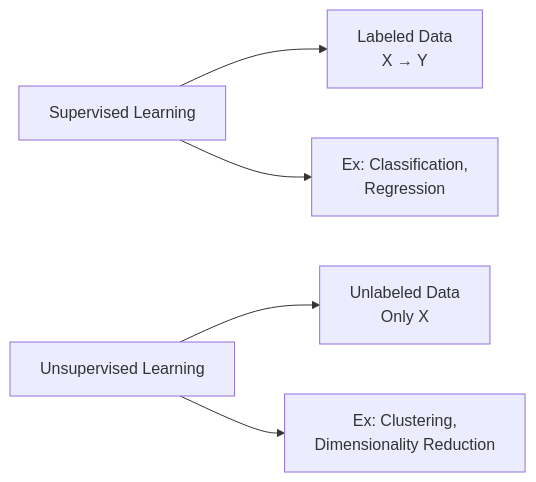
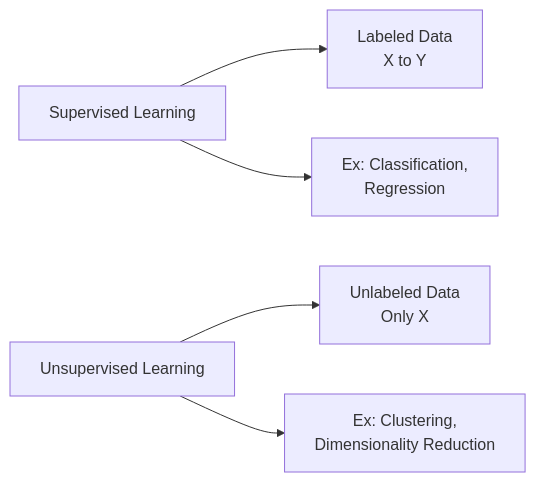
One commit to chinnaip/DeeplearingClassNotes changed the first of 4 diagrams in answers.md. Above: the diagram before and after it, drawn with Mermaid. The commit also changed other lines of this file, not shown here.

````diff
--- a/answers.md
+++ b/answers.md
@@ -7,8 +7,8 @@
 ```mermaid
 graph LR
-    A[Supervised Learning] --> B[Labeled Data<br/>X → Y]
+    A[Supervised Learning] --> B[Labeled Data<br/>X to Y]
     A --> C[Ex: Classification,<br/>Regression]
     
     D[Unsupervised Learning] --> E[Unlabeled Data<br/>Only X]
     D --> F[Ex: Clustering,<br/>Dimensionality Reduction]
 ```
````
